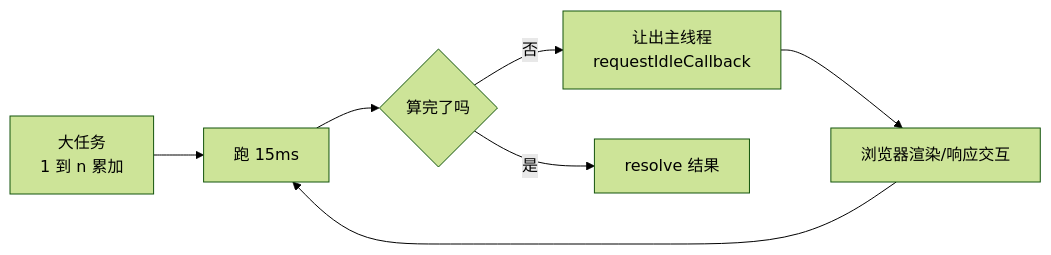
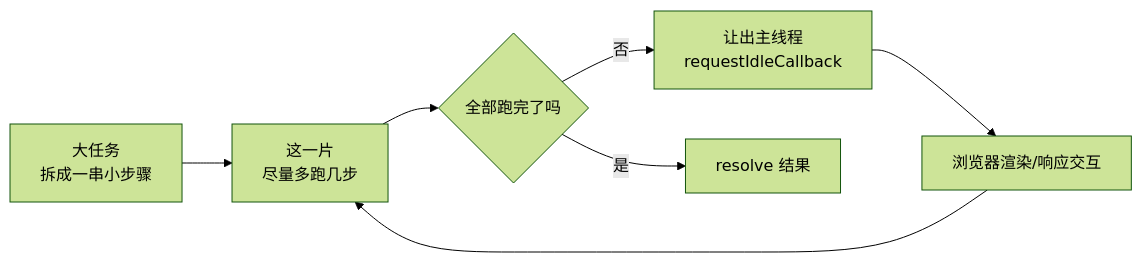
Before and after one commit to yjla/devbook: the diagram in docs/scenario/time-slicing.md, drawn with Mermaid (forest theme). The commit also changed other lines of this file, not shown here.

````diff
--- a/docs/scenario/time-slicing.md
+++ b/docs/scenario/time-slicing.md
@@ -12,9 +12,9 @@
 ```mermaid
 flowchart LR
-    A[大任务<br/>1 到 n 累加] --> B[跑 15ms]
-    B --> C{算完了吗}
+    A[大任务<br/>拆成一串小步骤] --> B[这一片<br/>尽量多跑几步]
+    B --> C{全部跑完了吗}
     C -->|否| D[让出主线程<br/>requestIdleCallback]
     D --> E[浏览器渲染/响应交互]
     E --> B
     C -->|是| F[resolve 结果]
 ```
````
